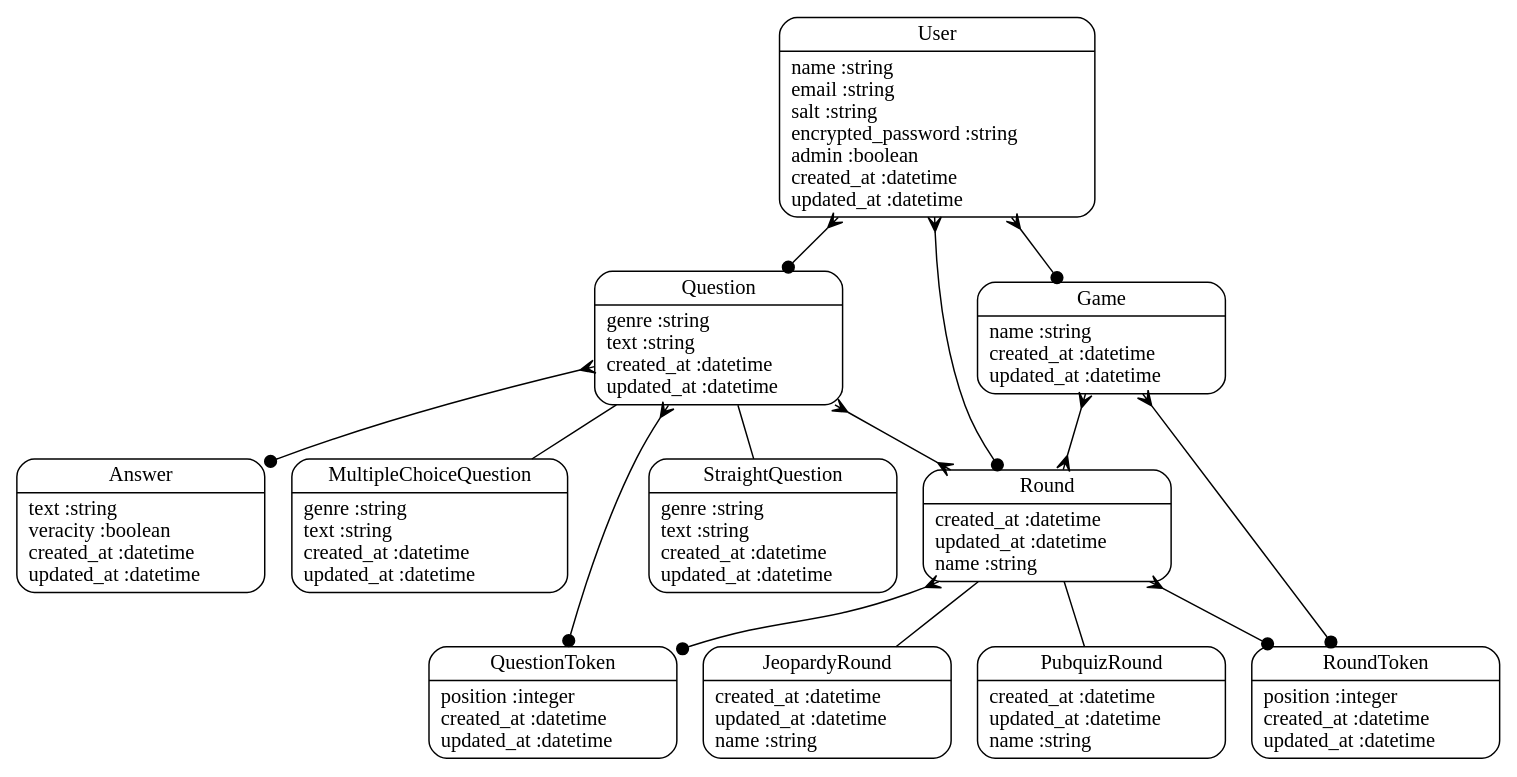
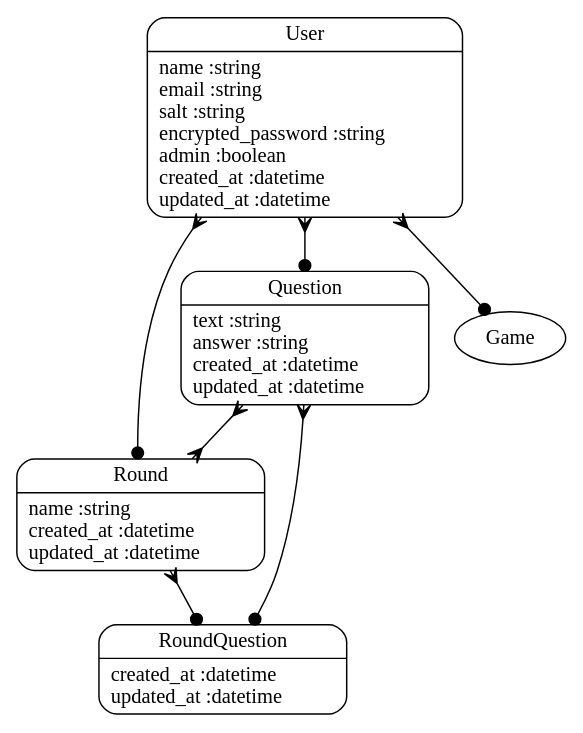
Before and after one commit to griswoldbar/Kwisatz: the diagram in models.dot, drawn with Graphviz. The commit also changed 15 other files, not shown here.

```diff
--- a/models.dot
+++ b/models.dot
@@ -1,28 +1,13 @@
 digraph models_diagram {
 	graph[overlap=false, splines=true]
-	"Answer" [shape=Mrecord, label="{Answer|text :string\lveracity :boolean\lcreated_at :datetime\lupdated_at :datetime\l}"]
-	"Game" [shape=Mrecord, label="{Game|name :string\lcreated_at :datetime\lupdated_at :datetime\l}"]
-	"JeopardyRound" [shape=Mrecord, label="{JeopardyRound|created_at :datetime\lupdated_at :datetime\lname :string\l}"]
-	"MultipleChoiceQuestion" [shape=Mrecord, label="{MultipleChoiceQuestion|genre :string\ltext :string\lcreated_at :datetime\lupdated_at :datetime\l}"]
-	"PubquizRound" [shape=Mrecord, label="{PubquizRound|created_at :datetime\lupdated_at :datetime\lname :string\l}"]
-	"Question" [shape=Mrecord, label="{Question|genre :string\ltext :string\lcreated_at :datetime\lupdated_at :datetime\l}"]
-	"QuestionToken" [shape=Mrecord, label="{QuestionToken|position :integer\lcreated_at :datetime\lupdated_at :datetime\l}"]
-	"Round" [shape=Mrecord, label="{Round|created_at :datetime\lupdated_at :datetime\lname :string\l}"]
-	"RoundToken" [shape=Mrecord, label="{RoundToken|position :integer\lcreated_at :datetime\lupdated_at :datetime\l}"]
-	"StraightQuestion" [shape=Mrecord, label="{StraightQuestion|genre :string\ltext :string\lcreated_at :datetime\lupdated_at :datetime\l}"]
+	"Question" [shape=Mrecord, label="{Question|text :string\lanswer :string\lcreated_at :datetime\lupdated_at :datetime\l}"]
+	"Round" [shape=Mrecord, label="{Round|name :string\lcreated_at :datetime\lupdated_at :datetime\l}"]
+	"RoundQuestion" [shape=Mrecord, label="{RoundQuestion|created_at :datetime\lupdated_at :datetime\l}"]
 	"User" [shape=Mrecord, label="{User|name :string\lemail :string\lsalt :string\lencrypted_password :string\ladmin :boolean\lcreated_at :datetime\lupdated_at :datetime\l}"]
-	"Game" -> "RoundToken" [arrowtail=crow, arrowhead=dot, dir=both]
-	"Game" -> "Round" [arrowtail=crow, arrowhead=crow, dir=both]
-	"Round" -> "JeopardyRound" [label="", arrowhead="none", arrowtail="onormal"]
-	"Question" -> "MultipleChoiceQuestion" [label="", arrowhead="none", arrowtail="onormal"]
-	"Round" -> "PubquizRound" [label="", arrowhead="none", arrowtail="onormal"]
-	"Question" -> "Answer" [arrowtail=crow, arrowhead=dot, dir=both]
-	"Question" -> "QuestionToken" [arrowtail=crow, arrowhead=dot, dir=both]
+	"Question" -> "RoundQuestion" [arrowtail=crow, arrowhead=dot, dir=both]
 	"Question" -> "Round" [arrowtail=crow, arrowhead=crow, dir=both]
-	"Round" -> "QuestionToken" [arrowtail=crow, arrowhead=dot, dir=both]
-	"Round" -> "RoundToken" [arrowtail=crow, arrowhead=dot, dir=both]
-	"Question" -> "StraightQuestion" [label="", arrowhead="none", arrowtail="onormal"]
+	"Round" -> "RoundQuestion" [arrowtail=crow, arrowhead=dot, dir=both]
 	"User" -> "Game" [arrowtail=crow, arrowhead=dot, dir=both]
 	"User" -> "Round" [arrowtail=crow, arrowhead=dot, dir=both]
 	"User" -> "Question" [arrowtail=crow, arrowhead=dot, dir=both]
 }
```
